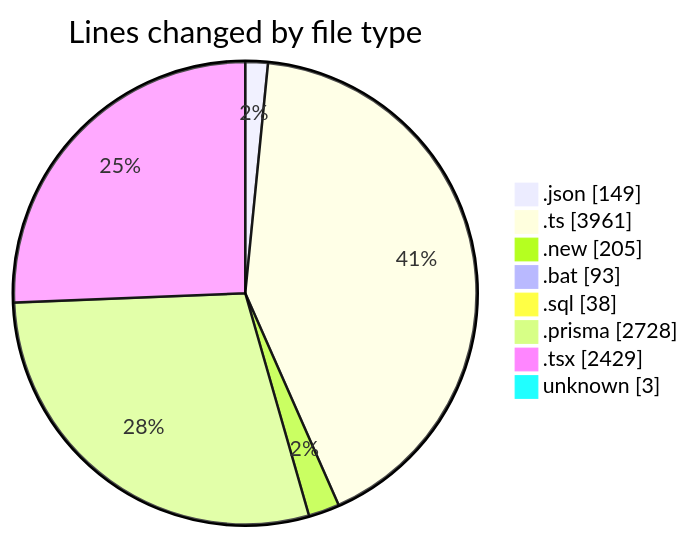
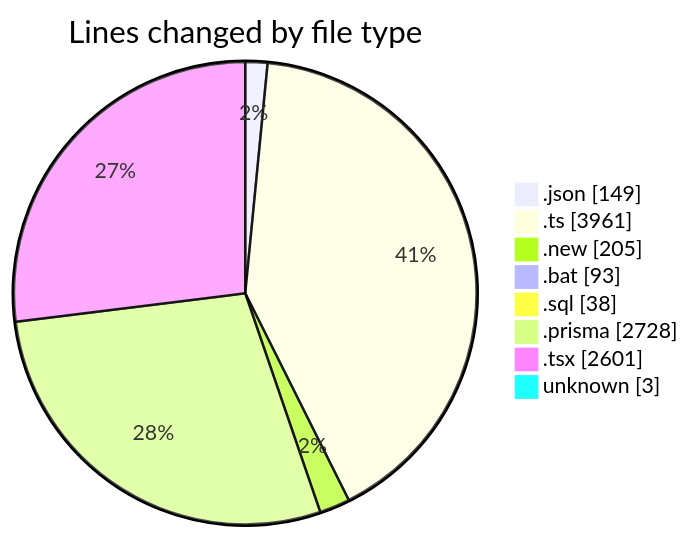
Before and after one commit to CELIANVF/code-tracking: the first of 2 diagrams in 2025-05-20/ecodeli-1/README.md, drawn with Mermaid. The commit also changed other lines of this file and 1 other file, not shown here.

````diff
--- a/2025-05-20/ecodeli-1/README.md
+++ b/2025-05-20/ecodeli-1/README.md
@@ -52,12 +54,12 @@
 ```mermaid
 pie showData
 title Lines changed by file type
 ".json" : 149
 ".ts" : 3961
 ".new" : 205
 ".bat" : 93
 ".sql" : 38
 ".prisma" : 2728
-".tsx" : 2429
+".tsx" : 2601
 "unknown" : 3
 ```
````
